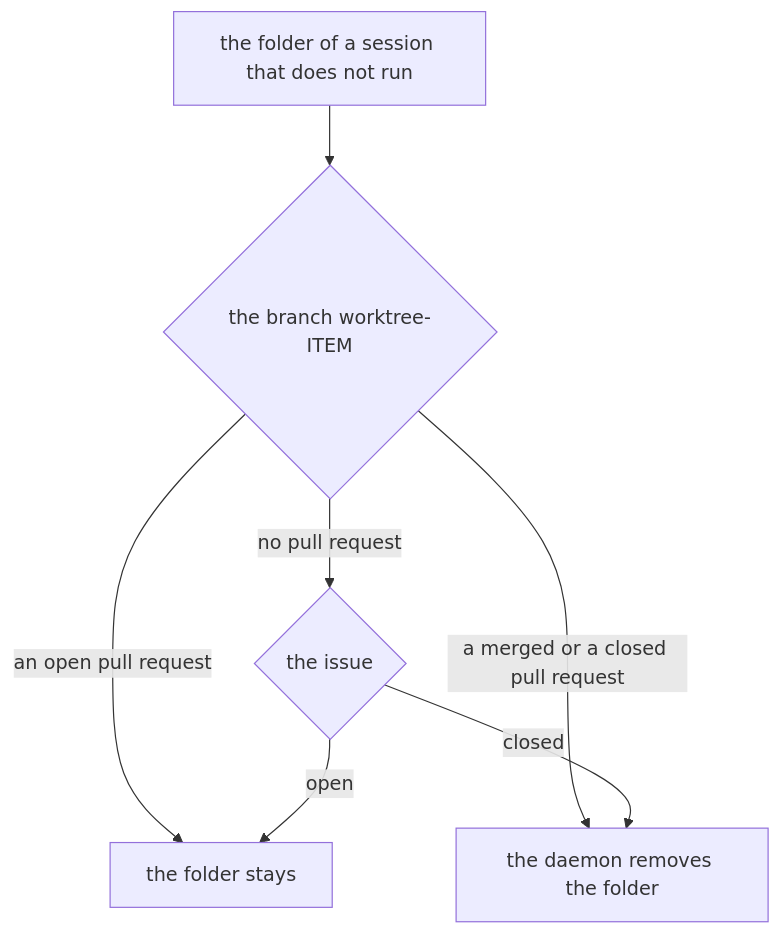
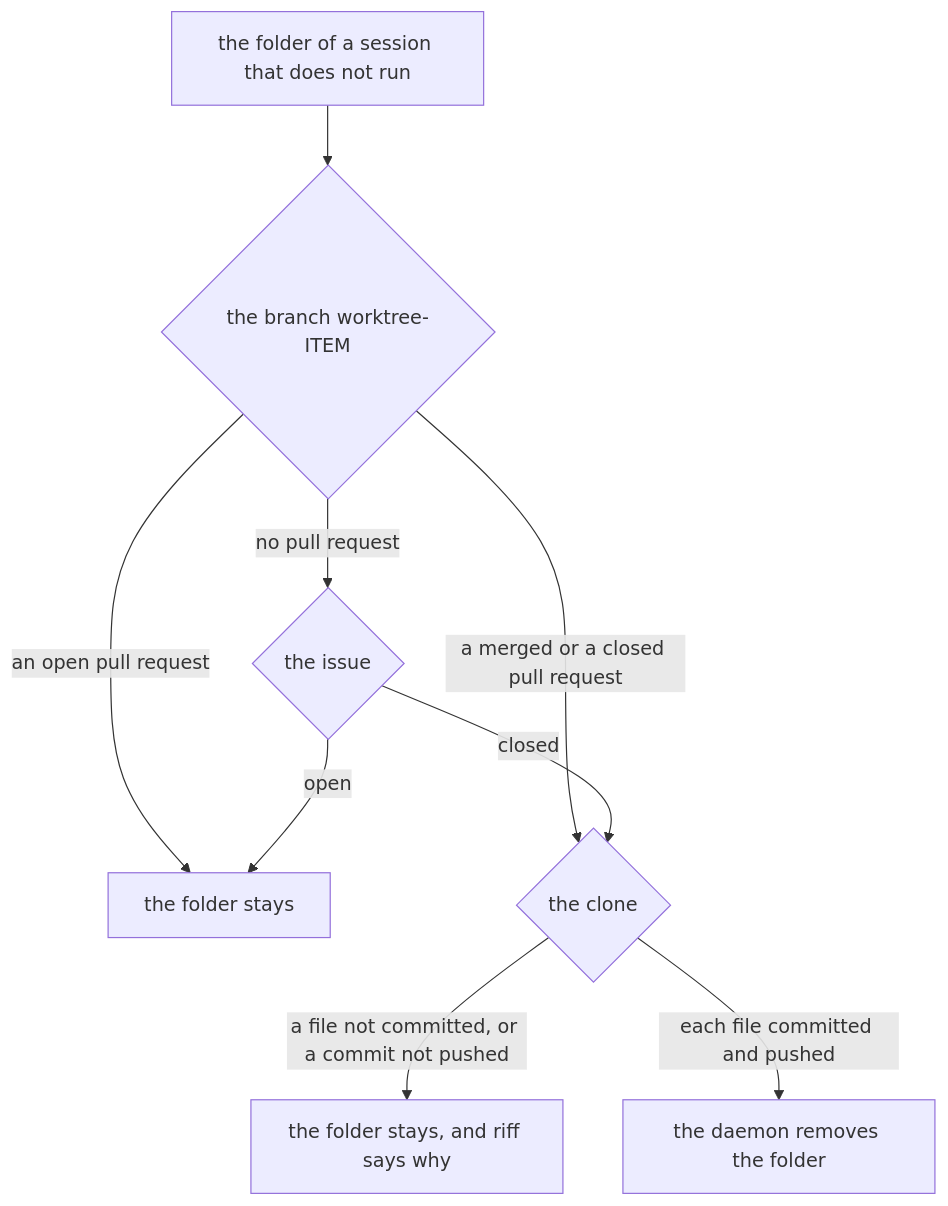
One commit to como-technologies/riff changed diagram 11 of 30 in docs/src/development.md. Above: the diagram before and after it, drawn with Mermaid. The commit also changed other lines of this file and 5 other files, not shown here.

````diff
--- a/docs/src/development.md
+++ b/docs/src/development.md
@@ -1028,9 +1028,11 @@
 ```mermaid
 flowchart TD
     F["the folder of a session that does not run"] --> P{"the branch worktree-ITEM"}
     P -- "an open pull request" --> K["the folder stays"]
-    P -- "a merged or a closed pull request" --> D["the daemon removes the folder"]
+    P -- "a merged or a closed pull request" --> C{"the clone"}
     P -- "no pull request" --> I{"the issue"}
     I -- "open" --> K
-    I -- "closed" --> D
+    I -- "closed" --> C
+    C -- "a file not committed, or a commit not pushed" --> W["the folder stays, and riff says why"]
+    C -- "each file committed and pushed" --> D["the daemon removes the folder"]
 ```
````
